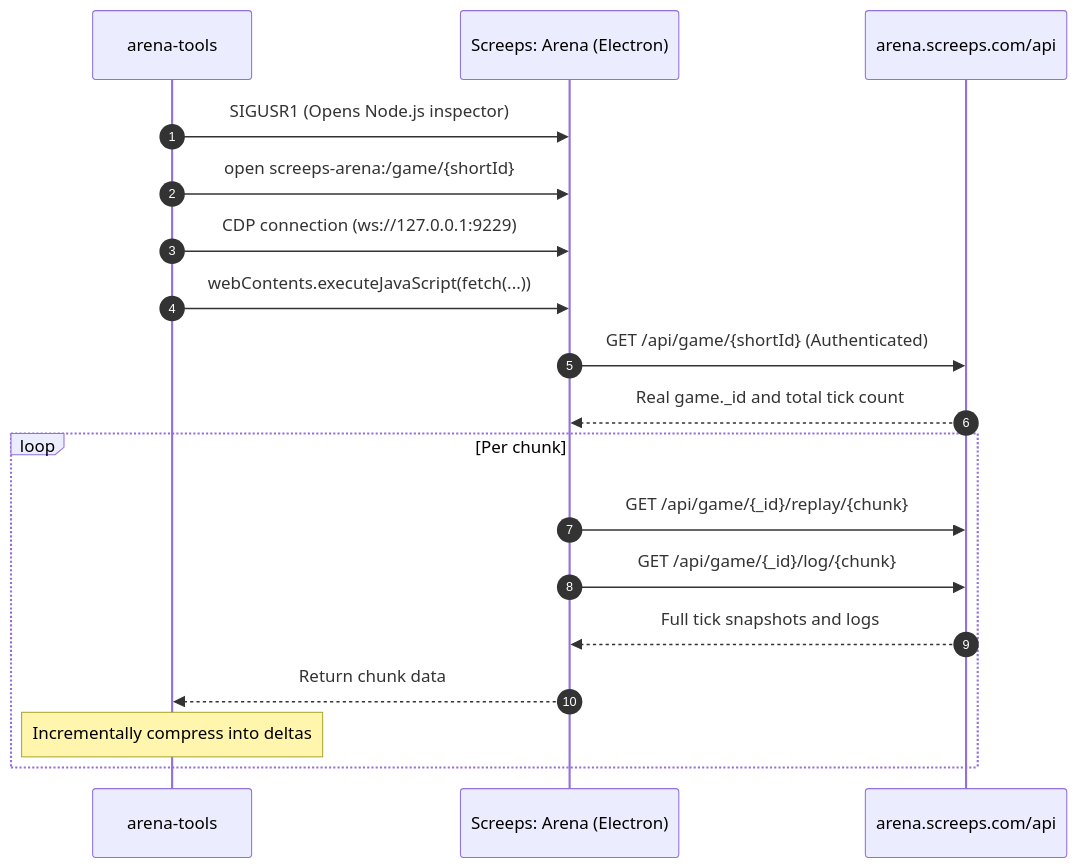
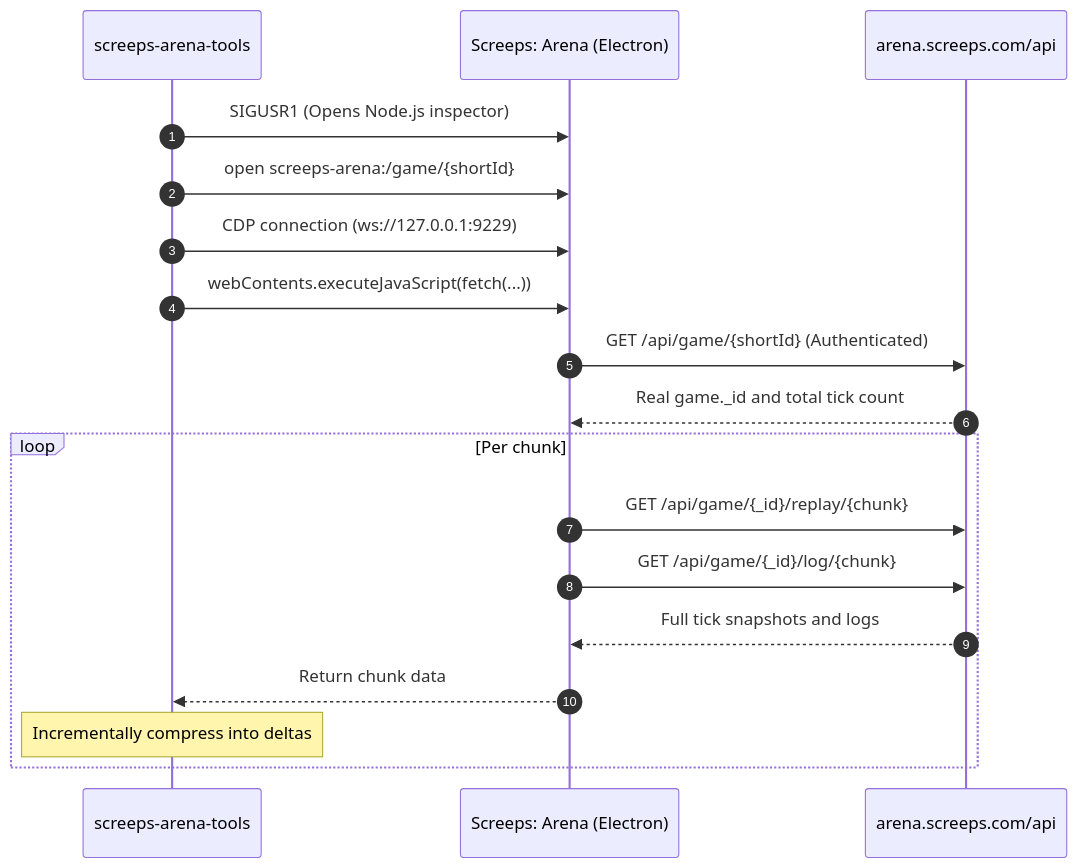
Before and after one commit to arukuka/screeps-arena-tools: the diagram in README.md, drawn with Mermaid. The commit also changed other lines of this file and 7 other files, not shown here.

Commit message:
refactor: unify tool and command name to screeps-arena-tools

````diff
--- a/README.md
+++ b/README.md
@@ -141,21 +141,21 @@
 ```mermaid
 sequenceDiagram
     autonumber
-    participant CLI as arena-tools
+    participant CLI as screeps-arena-tools
     participant App as Screeps: Arena (Electron)
     participant API as arena.screeps.com/api
 
     CLI->>App: SIGUSR1 (Opens Node.js inspector)
     CLI->>App: open screeps-arena:/game/{shortId}
     CLI->>App: CDP connection (ws://127.0.0.1:9229)
     CLI->>App: webContents.executeJavaScript(fetch(...))
     App->>API: GET /api/game/{shortId}       (Authenticated)
     API-->>App: Real game._id and total tick count
     loop Per chunk
         App->>API: GET /api/game/{_id}/replay/{chunk}
         App->>API: GET /api/game/{_id}/log/{chunk}
         API-->>App: Full tick snapshots and logs
         App-->>CLI: Return chunk data
         Note over CLI: Incrementally compress into deltas
     end
 ```
````
